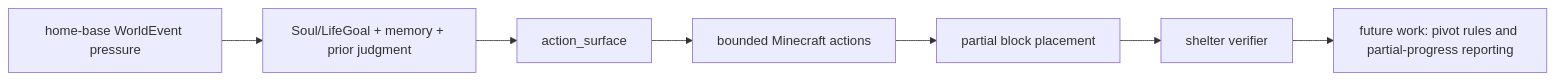
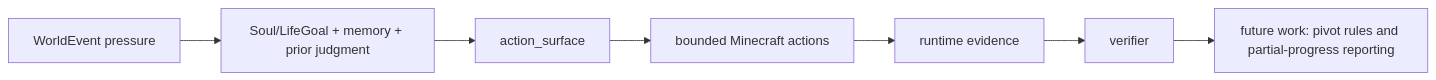
One commit to gigio1023/minecraft-llm-agent-community changed the second of 2 diagrams in docs/docs/intro.md. Above: the diagram before and after it, drawn with Mermaid. The commit also changed other lines of this file and 31 other files, not shown here.

First line of the commit message:
runtime: harden autonomy substrate contracts and evidence

````diff
--- a/docs/docs/intro.md
+++ b/docs/docs/intro.md
@@ -75,17 +81,17 @@
 ```mermaid
 flowchart LR
-  Goal["home-base WorldEvent pressure"]
+  Goal["WorldEvent pressure"]
   Context["Soul/LifeGoal + memory + prior judgment"]
   Surface["action_surface"]
   Action["bounded Minecraft actions"]
-  Partial["partial block placement"]
-  Verifier["shelter verifier"]
+  Evidence["runtime evidence"]
+  Verifier["verifier"]
   Future["future work: pivot rules and partial-progress reporting"]
 
   Goal --> Context
   Context --> Surface
   Surface --> Action
-  Action --> Partial
-  Partial --> Verifier
+  Action --> Evidence
+  Evidence --> Verifier
   Verifier --> Future
 ```
````
